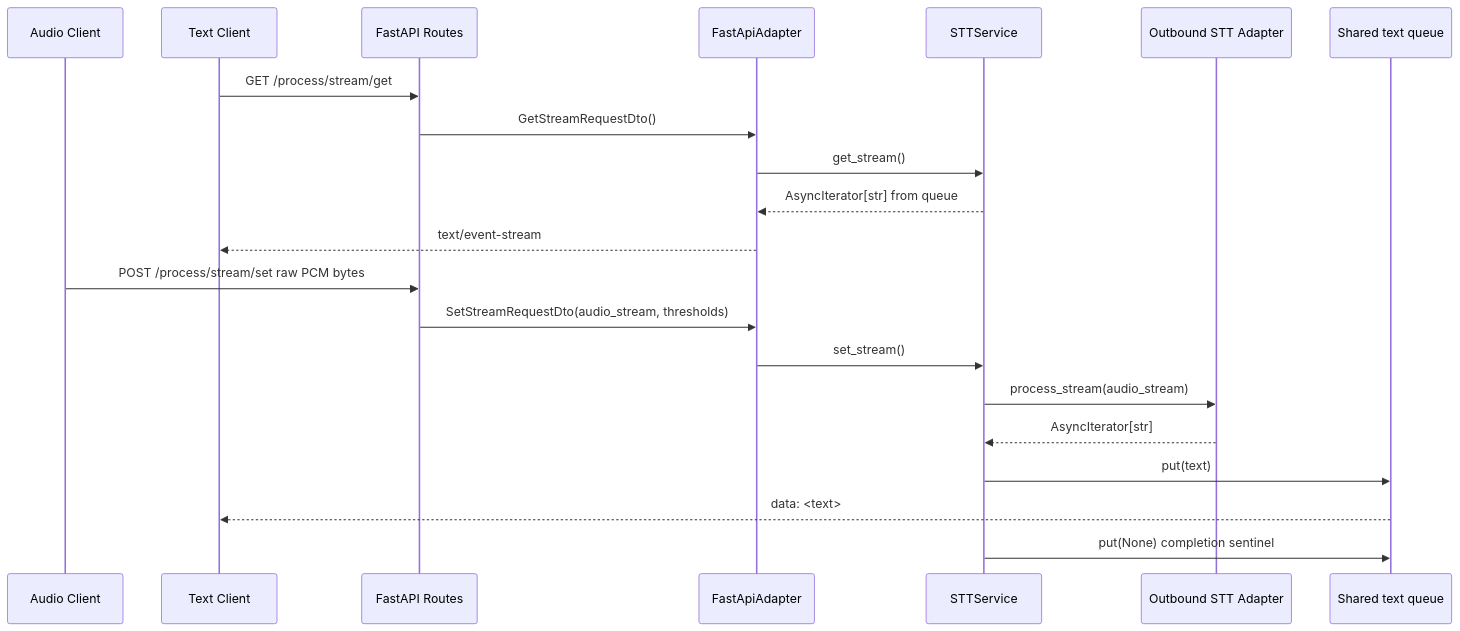
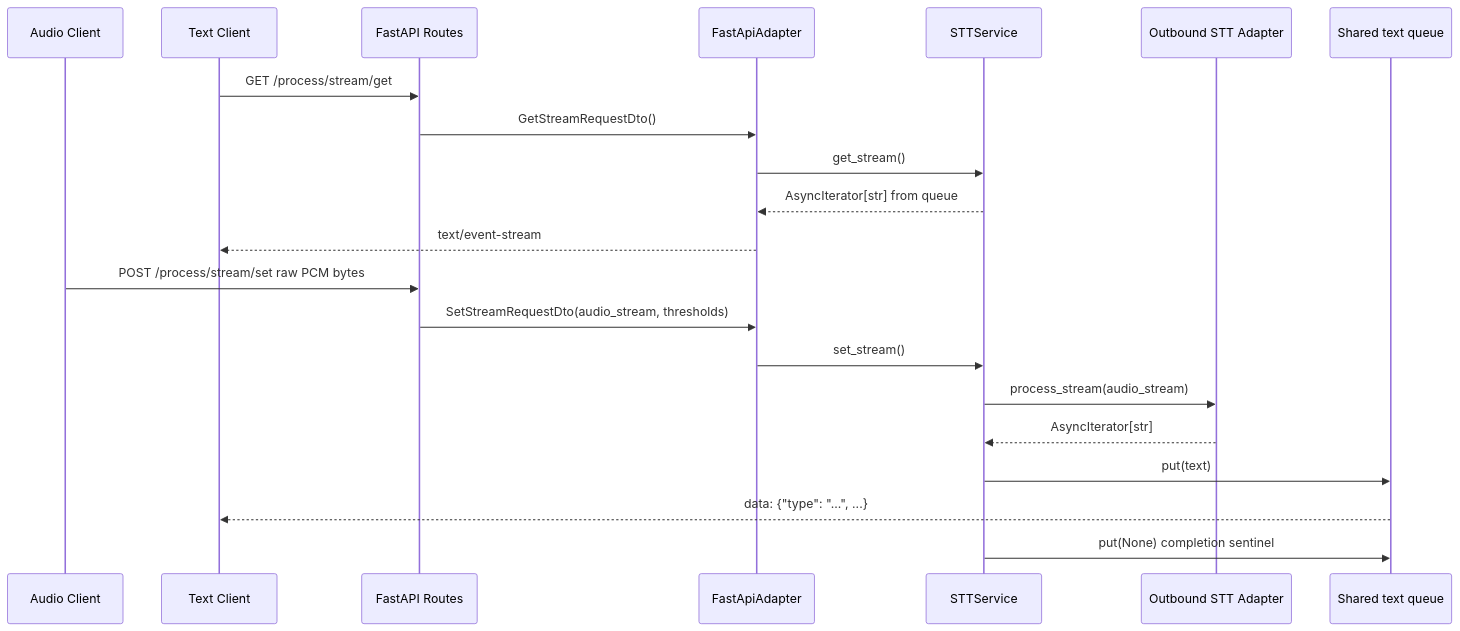
Before and after one commit to DanielCalvo-Calvicia/stt_microservice: the fourth of 6 diagrams in README.md, drawn with Mermaid. The commit also changed other lines of this file and 20 other files, not shown here.

````diff
--- a/README.md
+++ b/README.md
@@ -187,25 +187,25 @@
 ```mermaid
 sequenceDiagram
     participant C1 as Audio Client
     participant C2 as Text Client
     participant F as FastAPI Routes
     participant I as FastApiAdapter
     participant S as STTService
     participant O as Outbound STT Adapter
     participant Q as Shared text queue
 
     C2->>F: GET /process/stream/get
     F->>I: GetStreamRequestDto()
     I->>S: get_stream()
     S-->>I: AsyncIterator[str] from queue
     I-->>C2: text/event-stream
 
     C1->>F: POST /process/stream/set raw PCM bytes
     F->>I: SetStreamRequestDto(audio_stream, thresholds)
     I->>S: set_stream()
     S->>O: process_stream(audio_stream)
     O-->>S: AsyncIterator[str]
     S->>Q: put(text)
-    Q-->>C2: data: <text>
+    Q-->>C2: data: {"type": "...", ...}
     S->>Q: put(None) completion sentinel
 ```
````
